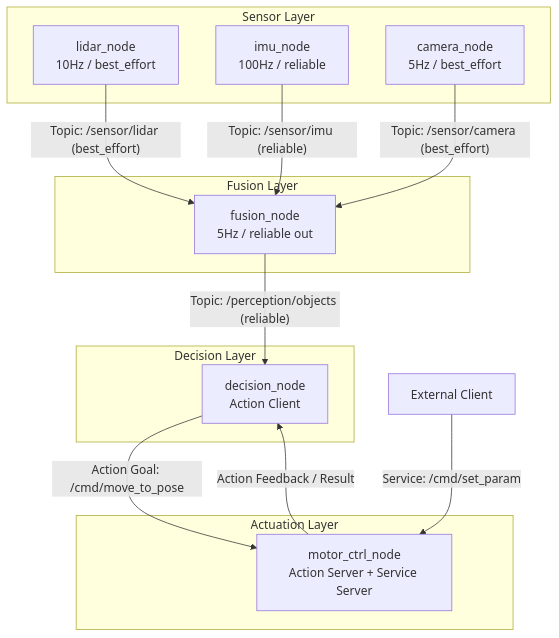
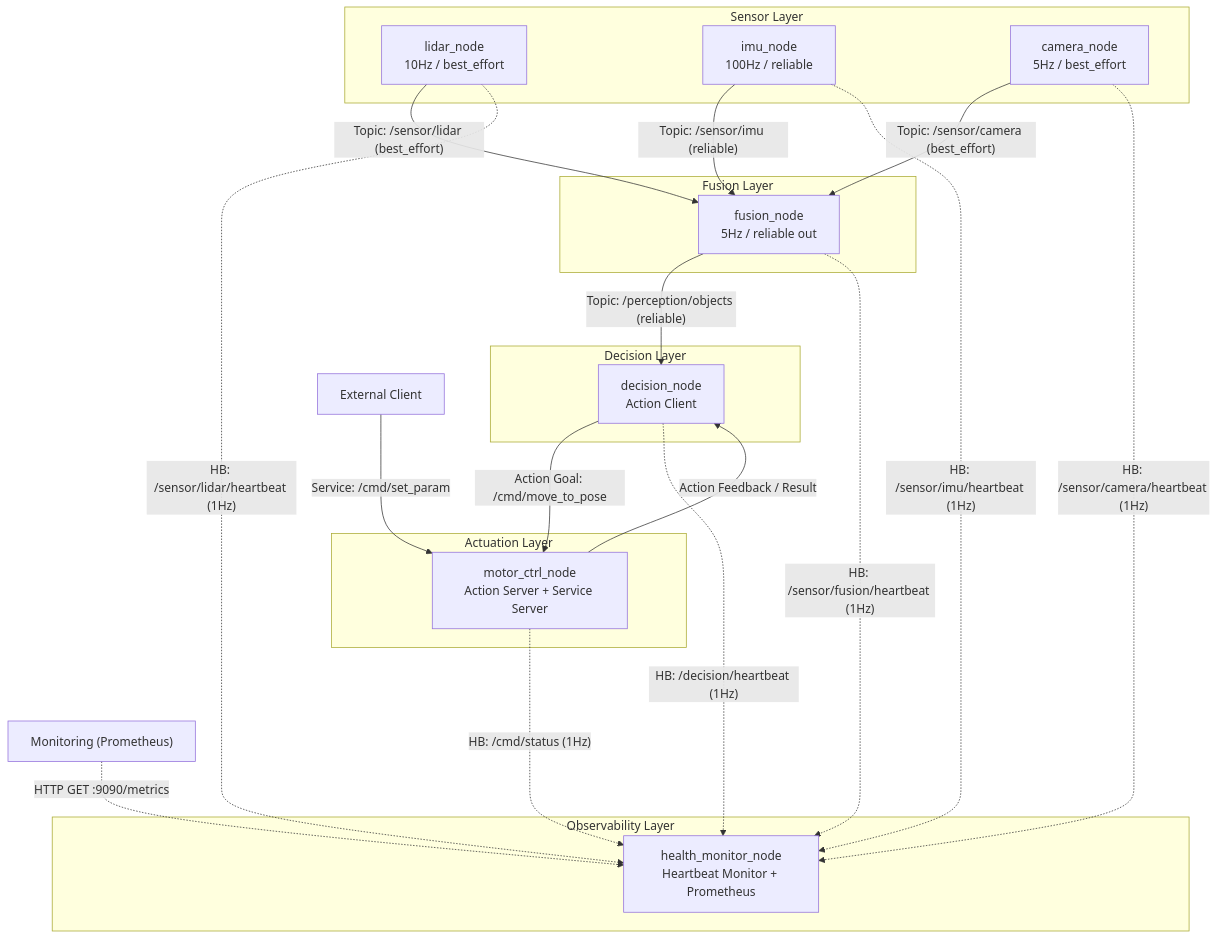
Before and after one commit to guang-lee-cn/ros2_robot_middleware: the first of 2 diagrams in mdDoc/02-design-doc.md, drawn with Mermaid. The commit also changed other lines of this file and 4 other files, not shown here.

First line of the commit message:
docs: update PRD, design, README, CHANGELOG with Phase 13 health monitor

````diff
--- a/mdDoc/02-design-doc.md
+++ b/mdDoc/02-design-doc.md
@@ -5,29 +5,41 @@
 ```mermaid
 graph TB
     subgraph Sensor["Sensor Layer"]
         Lidar["lidar_node<br/>10Hz / best_effort"]
         IMU["imu_node<br/>100Hz / reliable"]
         Camera["camera_node<br/>5Hz / best_effort"]
     end
 
     subgraph Fusion["Fusion Layer"]
         FusionNode["fusion_node<br/>5Hz / reliable out"]
     end
 
     subgraph Decision["Decision Layer"]
         DecisionNode["decision_node<br/>Action Client"]
     end
 
     subgraph Actuation["Actuation Layer"]
         MotorNode["motor_ctrl_node<br/>Action Server + Service Server"]
     end
 
+    subgraph Observability["Observability Layer"]
+        HealthMon["health_monitor_node<br/>Heartbeat Monitor + Prometheus"]
+    end
+
     Lidar -->|"Topic: /sensor/lidar (best_effort)"| FusionNode
     IMU -->|"Topic: /sensor/imu (reliable)"| FusionNode
     Camera -->|"Topic: /sensor/camera (best_effort)"| FusionNode
     FusionNode -->|"Topic: /perception/objects (reliable)"| DecisionNode
     DecisionNode -->|"Action Goal: /cmd/move_to_pose"| MotorNode
     MotorNode -->|"Action Feedback / Result"| DecisionNode
 
+    Lidar -..->|"HB: /sensor/lidar/heartbeat (1Hz)"| HealthMon
+    IMU -..->|"HB: /sensor/imu/heartbeat (1Hz)"| HealthMon
+    Camera -..->|"HB: /sensor/camera/heartbeat (1Hz)"| HealthMon
+    FusionNode -..->|"HB: /sensor/fusion/heartbeat (1Hz)"| HealthMon
+    DecisionNode -..->|"HB: /decision/heartbeat (1Hz)"| HealthMon
+    MotorNode -..->|"HB: /cmd/status (1Hz)"| HealthMon
+
     External["External Client"] -->|"Service: /cmd/set_param"| MotorNode
+    Monitor["Monitoring (Prometheus)"] -.->|"HTTP GET :9090/metrics"| HealthMon
 ```
````
